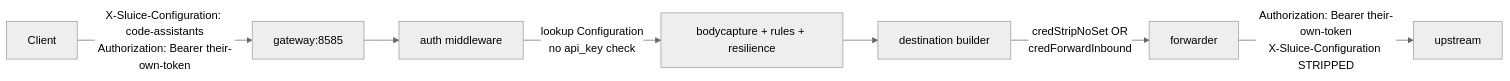
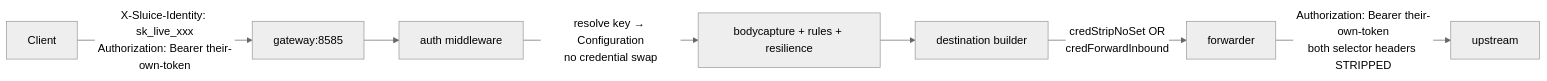
One commit to andyjmorgan/slipspace-gateway changed the third of 3 diagrams in docs/auth.md. Above: the diagram before and after it, drawn with Mermaid (neutral theme). The commit also changed other lines of this file and 4 other files, not shown here.

````diff
--- a/docs/auth.md
+++ b/docs/auth.md
@@ -123,9 +141,9 @@
 ```mermaid
 flowchart LR
-    A[Client] -- X-Sluice-Configuration: code-assistants<br/>Authorization: Bearer their-own-token --> B[gateway:8585]
+    A[Client] -- X-Sluice-Identity: sk_live_xxx<br/>Authorization: Bearer their-own-token --> B[gateway:8585]
     B --> C[auth middleware]
-    C -- lookup Configuration<br/>no api_key check --> D[bodycapture + rules + resilience]
+    C -- resolve key → Configuration<br/>no credential swap --> D[bodycapture + rules + resilience]
     D --> E[destination builder]
     E -- credStripNoSet OR<br/>credForwardInbound --> F[forwarder]
-    F -- Authorization: Bearer their-own-token<br/>X-Sluice-Configuration STRIPPED --> G[upstream]
+    F -- Authorization: Bearer their-own-token<br/>both selector headers STRIPPED --> G[upstream]
 ```
````
